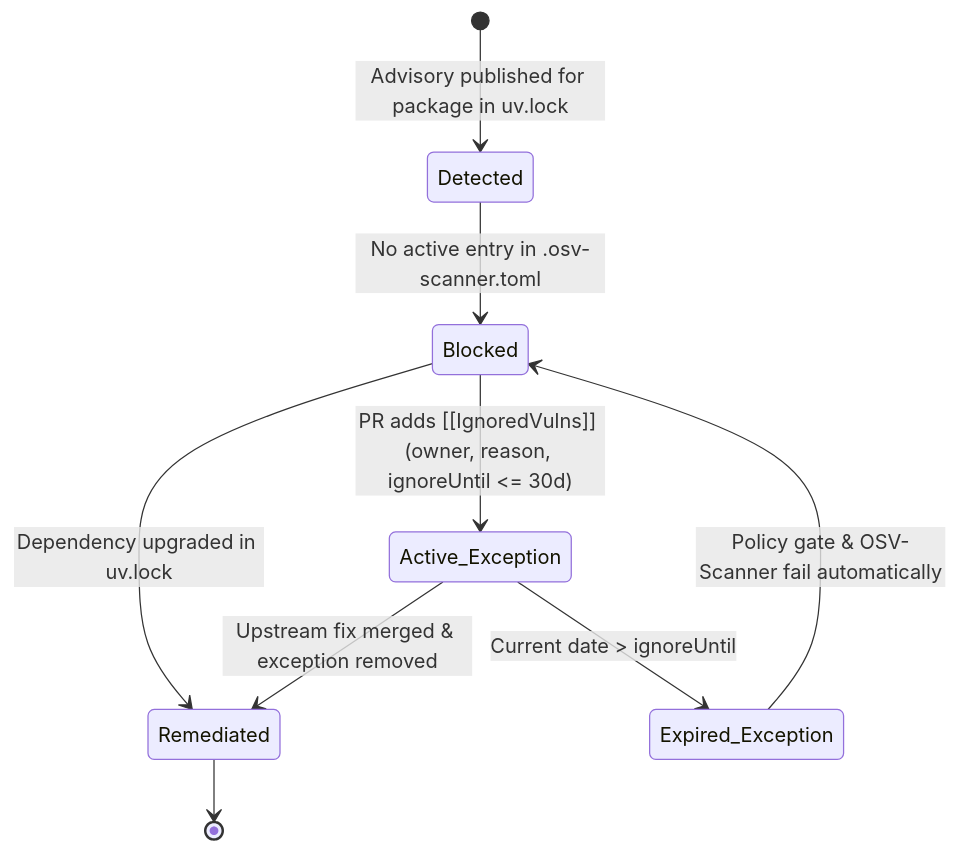
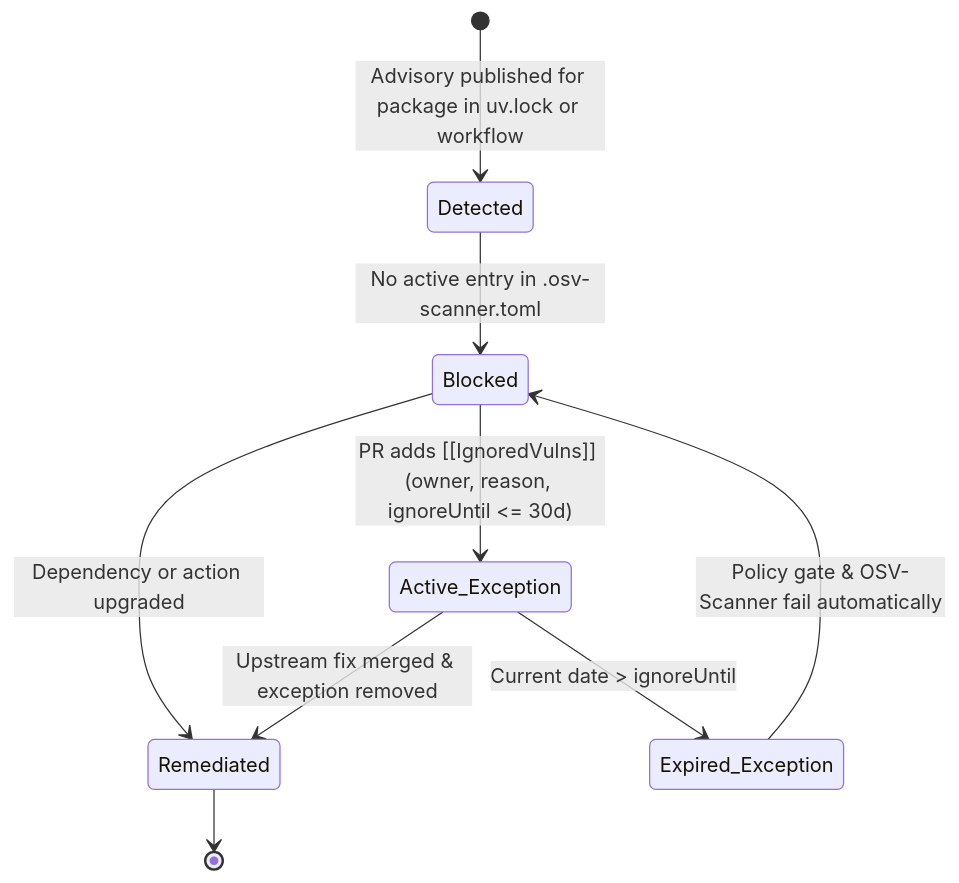
One commit to etalab-ia/document-ia changed the second of 2 diagrams in docs/VULNERABILITY_MANAGEMENT_POLICY.md. Above: the diagram before and after it, drawn with Mermaid. The commit also changed other lines of this file and 4 other files, not shown here.

````diff
--- a/docs/VULNERABILITY_MANAGEMENT_POLICY.md
+++ b/docs/VULNERABILITY_MANAGEMENT_POLICY.md
@@ -85,11 +89,11 @@
 ```mermaid
 stateDiagram-v2
-    [*] --> Detected : Advisory published for package in uv.lock
+    [*] --> Detected : Advisory published for package in uv.lock or workflow
     Detected --> Blocked : No active entry in .osv-scanner.toml
-    Blocked --> Remediated : Dependency upgraded in uv.lock
+    Blocked --> Remediated : Dependency or action upgraded
     Blocked --> Active_Exception : PR adds [[IgnoredVulns]] (owner, reason, ignoreUntil <= 30d)
     Active_Exception --> Remediated : Upstream fix merged & exception removed
     Active_Exception --> Expired_Exception : Current date > ignoreUntil
     Expired_Exception --> Blocked : Policy gate & OSV-Scanner fail automatically
     Remediated --> [*]
 ```
````
